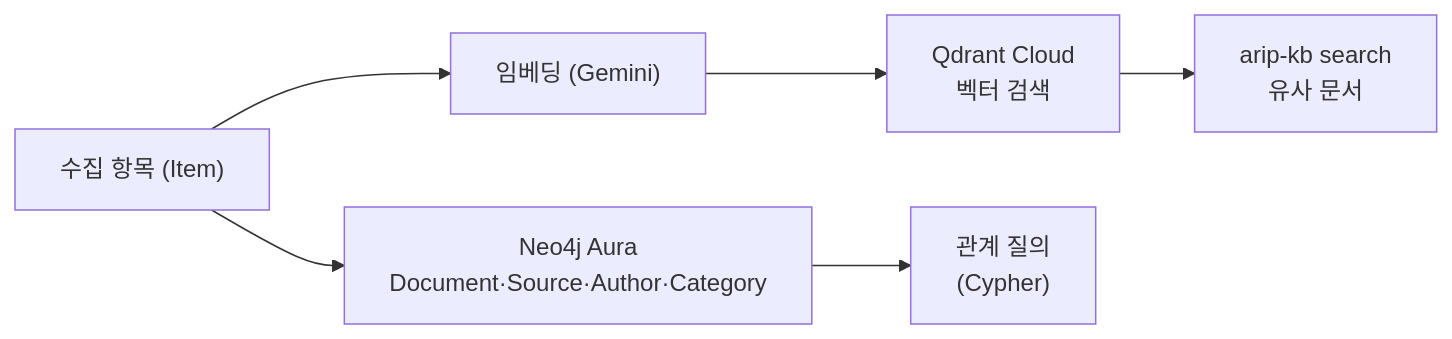
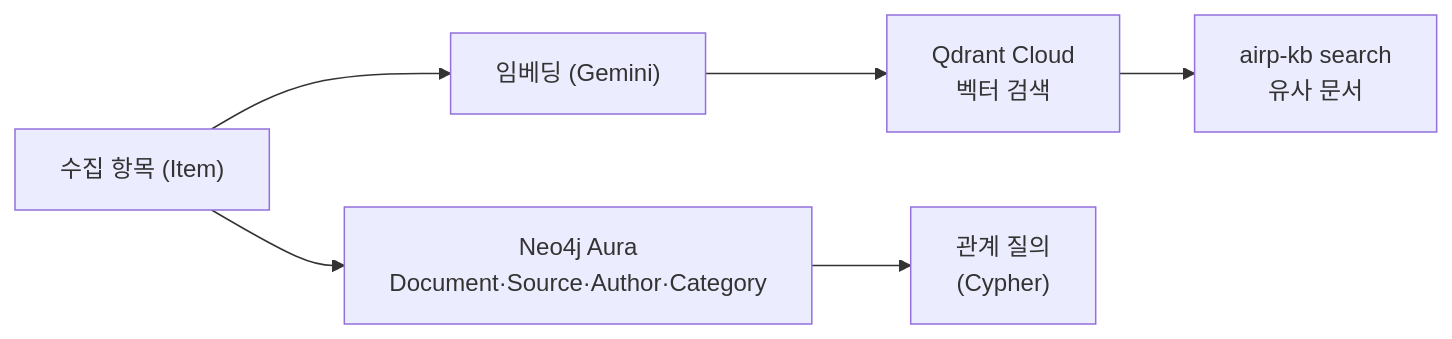
Before and after one commit to LumenSemantics/on-demand-rag: the diagram in Docs/Stage2 - Knowledge (Qdrant + Neo4j).md, drawn with Mermaid. The commit also changed other lines of this file and 51 other files, not shown here.

First line of the commit message:
Rename arip -> airp / ARIP -> AIRP across the project

````diff
--- a/Docs/Stage2 - Knowledge (Qdrant + Neo4j).md
+++ b/Docs/Stage2 - Knowledge (Qdrant + Neo4j).md
@@ -11,8 +11,8 @@
 ```mermaid
 flowchart LR
     C["수집 항목 (Item)"] --> E["임베딩 (Gemini)"]
     E --> Q["Qdrant Cloud<br/>벡터 검색"]
     C --> G["Neo4j Aura<br/>Document·Source·Author·Category"]
-    Q --> S["arip-kb search<br/>유사 문서"]
+    Q --> S["airp-kb search<br/>유사 문서"]
     G --> R["관계 질의<br/>(Cypher)"]
 ```
````
